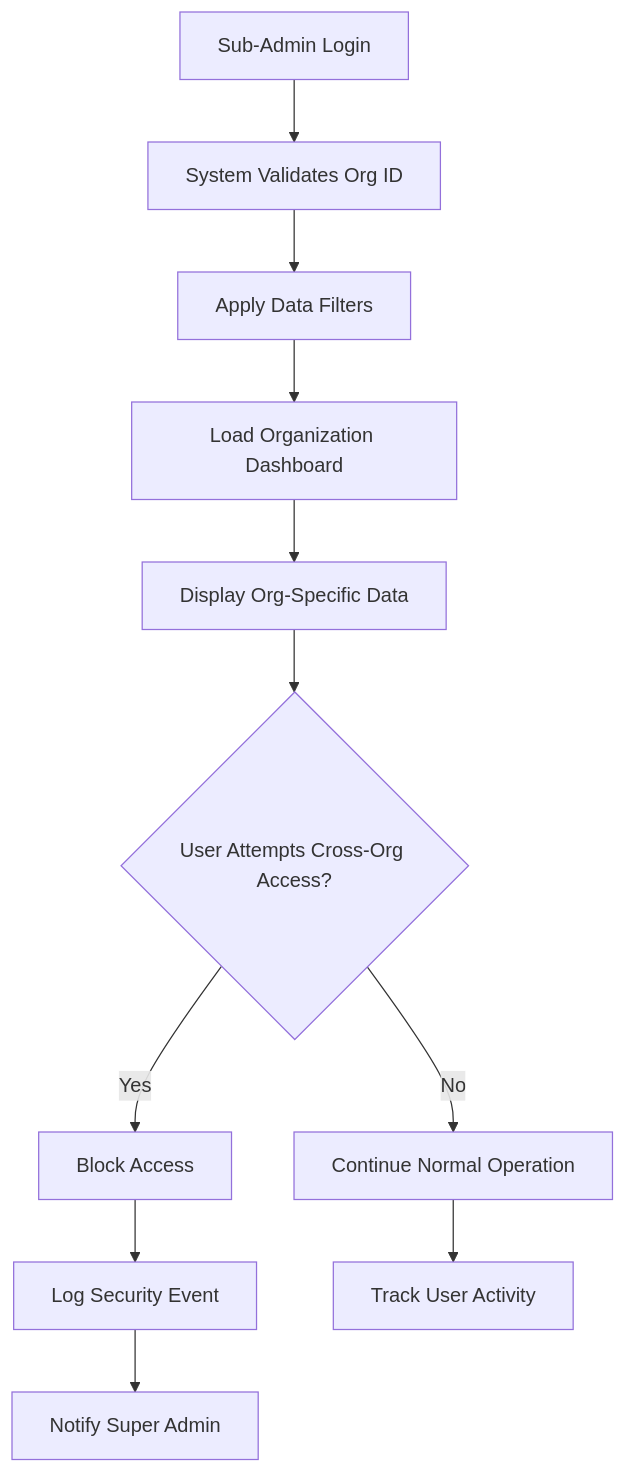
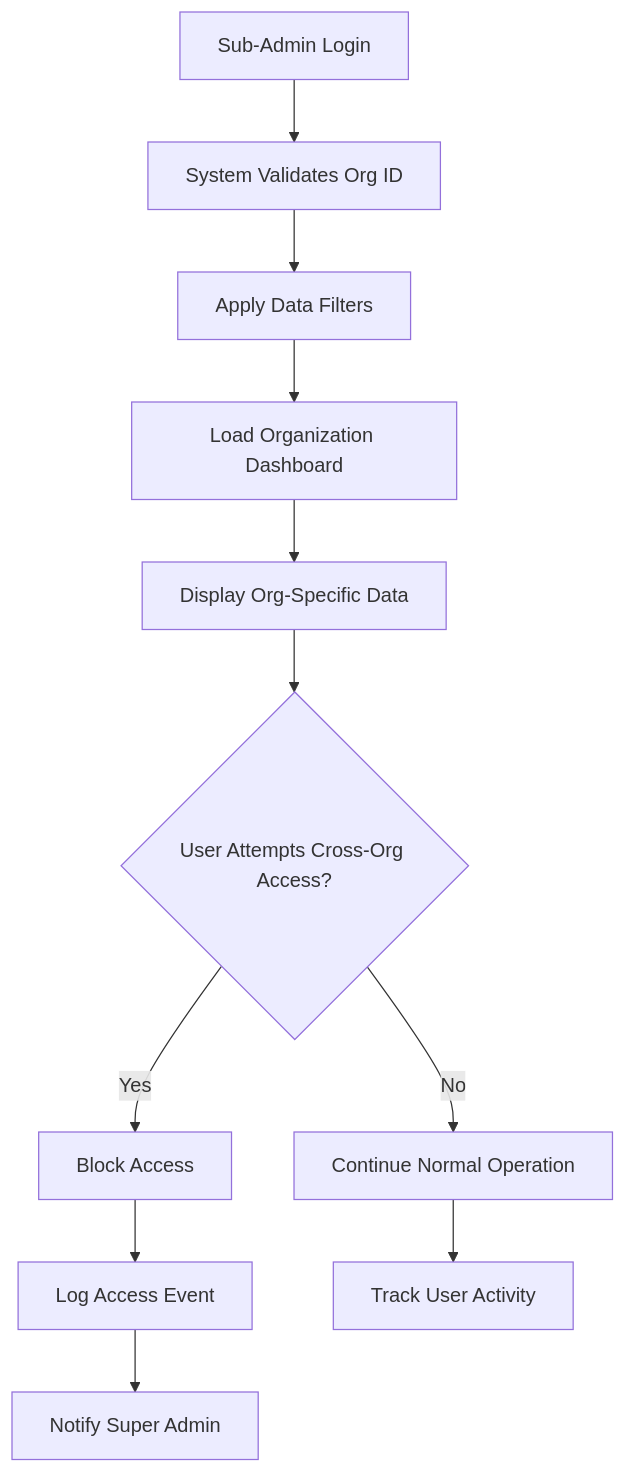
One commit to pzcuongnextchain/ai-smartlearn2-docs changed the second of 11 diagrams in ai-smart-learning-renewal/super-admin/multi-admin-management/flows-and-diagrams.md. Above: the diagram before and after it, drawn with Mermaid. The commit also changed other lines of this file and 4 other files, not shown here.

````diff
--- a/ai-smart-learning-renewal/super-admin/multi-admin-management/flows-and-diagrams.md
+++ b/ai-smart-learning-renewal/super-admin/multi-admin-management/flows-and-diagrams.md
@@ -23,12 +23,12 @@
 ```mermaid
 flowchart TD
     A[Sub-Admin Login] --> B[System Validates Org ID]
     B --> C[Apply Data Filters]
     C --> D[Load Organization Dashboard]
     D --> E[Display Org-Specific Data]
     E --> F{User Attempts Cross-Org Access?}
-    F -->|Yes| G[Block Access] --> H[Log Security Event]
+    F -->|Yes| G[Block Access] --> H[Log Access Event]
     F -->|No| I[Continue Normal Operation]
     H --> J[Notify Super Admin]
     I --> K[Track User Activity]
 ```
````
